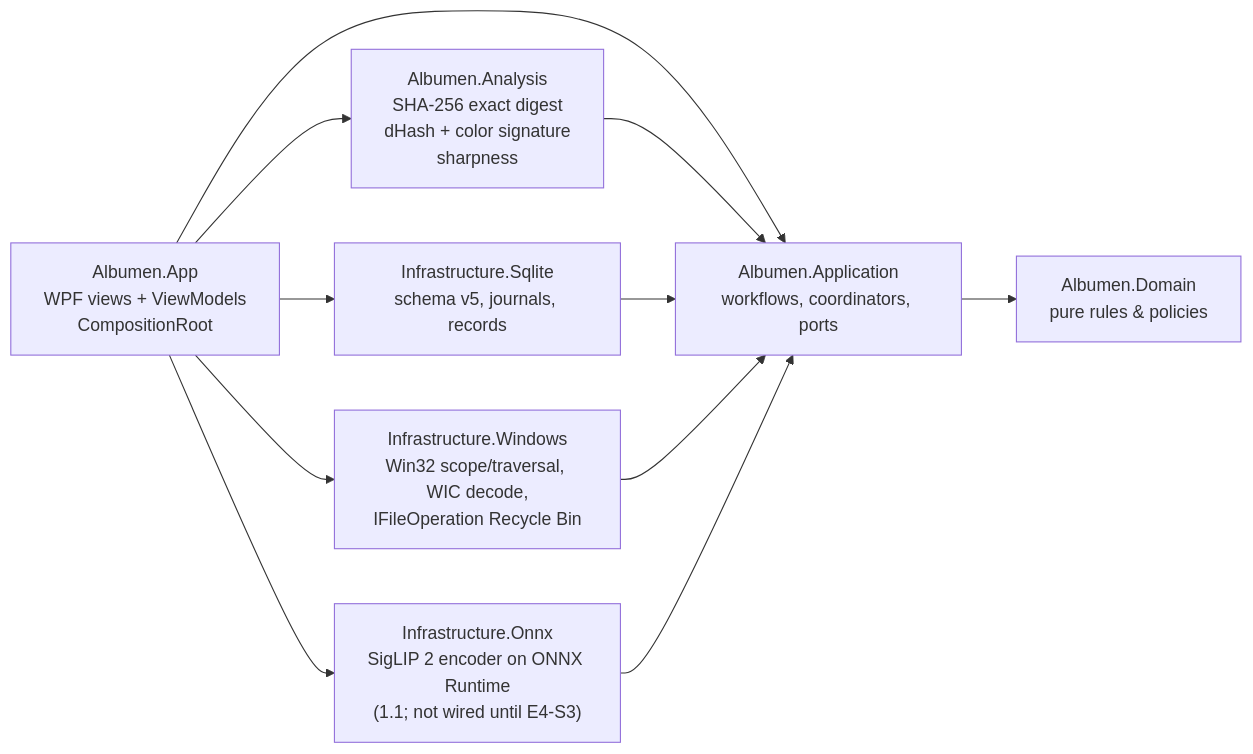
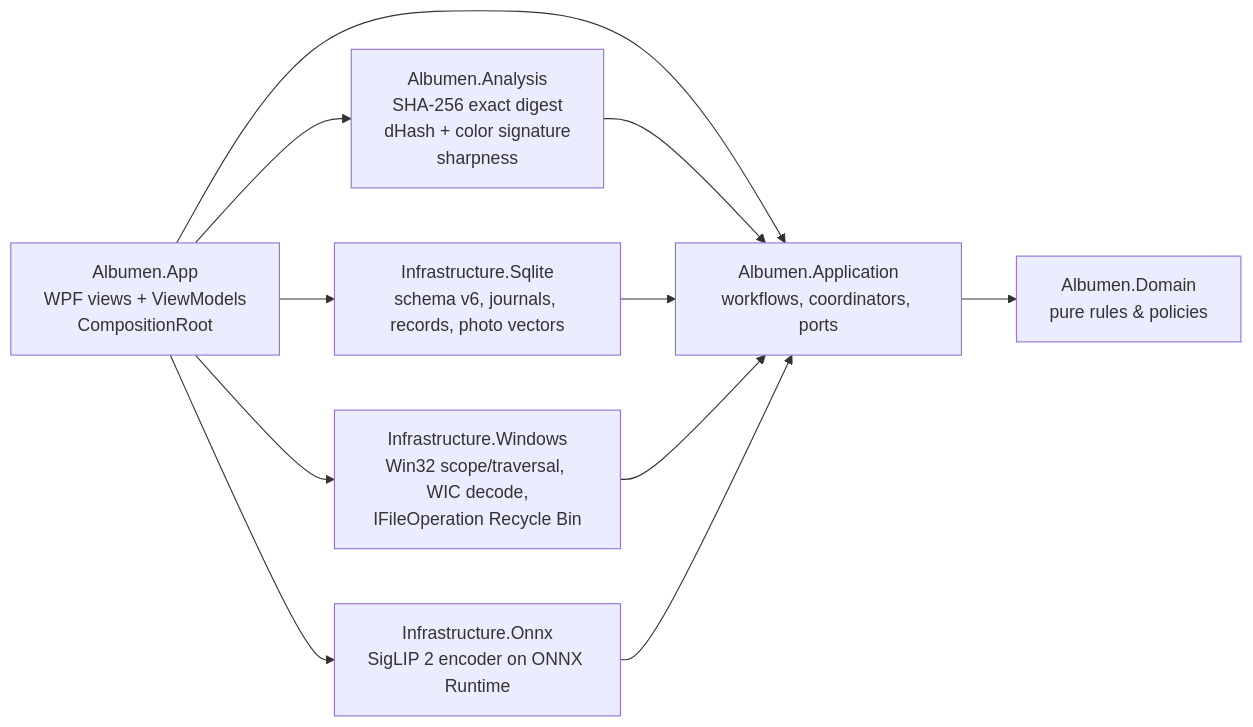
One commit to IgalFridman-dev/Albumen changed the first of 2 diagrams in docs/HOW-IT-WORKS.md. Above: the diagram before and after it, drawn with Mermaid. The commit also changed other lines of this file, not shown here.

````diff
--- a/docs/HOW-IT-WORKS.md
+++ b/docs/HOW-IT-WORKS.md
@@ -25,13 +25,13 @@
 ```mermaid
 flowchart LR
   App["Albumen.App<br/>WPF views + ViewModels<br/>CompositionRoot"] --> Application
   App --> Analysis
   App --> Sqlite
   App --> Windows
   App --> Onnx
   Analysis["Albumen.Analysis<br/>SHA-256 exact digest<br/>dHash + color signature<br/>sharpness"] --> Application
-  Sqlite["Infrastructure.Sqlite<br/>schema v5, journals, records"] --> Application
+  Sqlite["Infrastructure.Sqlite<br/>schema v6, journals, records, photo vectors"] --> Application
   Windows["Infrastructure.Windows<br/>Win32 scope/traversal, WIC decode,<br/>IFileOperation Recycle Bin"] --> Application
-  Onnx["Infrastructure.Onnx<br/>SigLIP 2 encoder on ONNX Runtime<br/>(1.1; not wired until E4-S3)"] --> Application
+  Onnx["Infrastructure.Onnx<br/>SigLIP 2 encoder on ONNX Runtime"] --> Application
   Application["Albumen.Application<br/>workflows, coordinators, ports"] --> Domain["Albumen.Domain<br/>pure rules & policies"]
 ```
````
